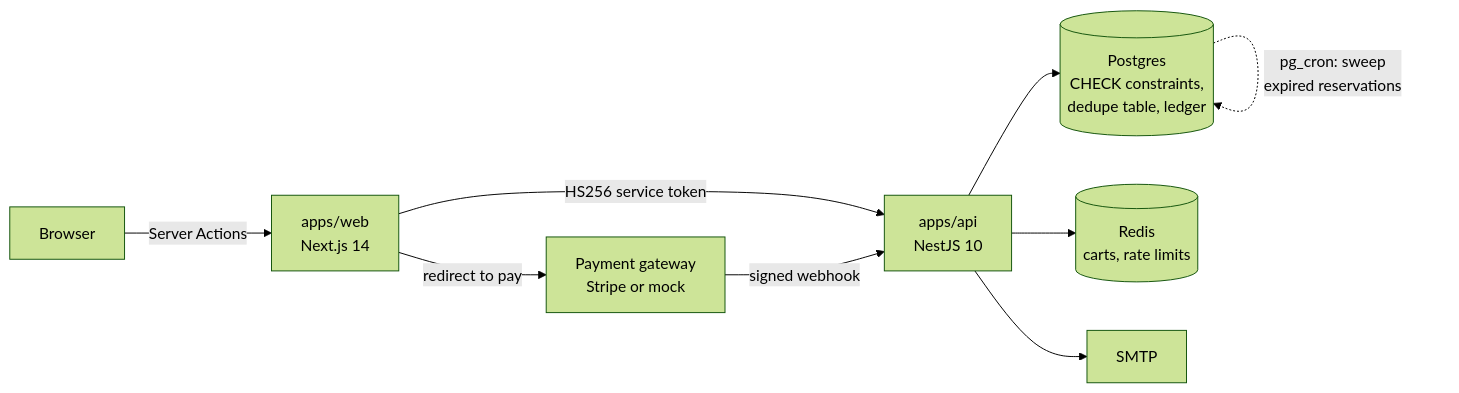
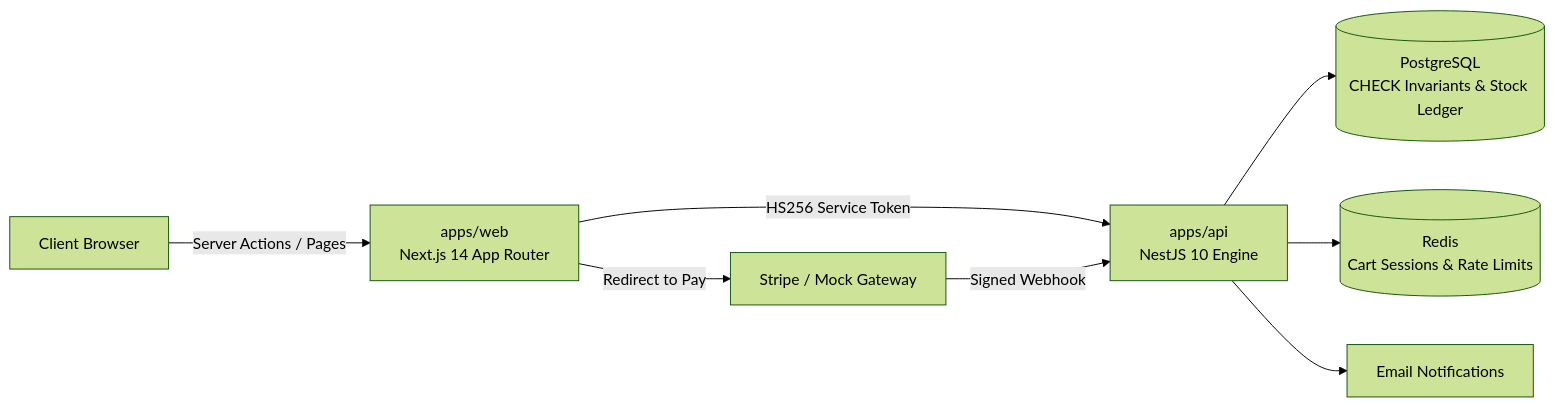
The diagram in README.md (sapandeep31/metfolio-ecommerce-assessment), drawn with Mermaid (forest theme) before and after one commit. The commit also changed other lines of this file and 8 other files, not shown here.

````diff
--- a/README.md
+++ b/README.md
@@ -112,12 +25,11 @@
 ```mermaid
 flowchart LR
-    B[Browser] -->|Server Actions| W[apps/web<br/>Next.js 14]
-    W -->|HS256 service token| A[apps/api<br/>NestJS 10]
-    G[Payment gateway<br/>Stripe or mock] -->|signed webhook| A
-    W -->|redirect to pay| G
+    Browser[Client Browser] -->|Server Actions / Pages| Web[apps/web<br/>Next.js 14 App Router]
+    Web -->|HS256 Service Token| API[apps/api<br/>NestJS 10 Engine]
+    Gateway[Stripe / Mock Gateway] -->|Signed Webhook| API
+    Web -->|Redirect to Pay| Gateway
 
-    A --> P[(Postgres<br/>CHECK constraints,<br/>dedupe table, ledger)]
-    A --> R[(Redis<br/>carts, rate limits)]
-    A --> M[SMTP]
-    P -.->|pg_cron: sweep<br/>expired reservations| P
+    API --> DB[(PostgreSQL<br/>CHECK Invariants & Stock Ledger)]
+    API --> Redis[(Redis<br/>Cart Sessions & Rate Limits)]
+    API --> SMTP[Email Notifications]
 ```
````
